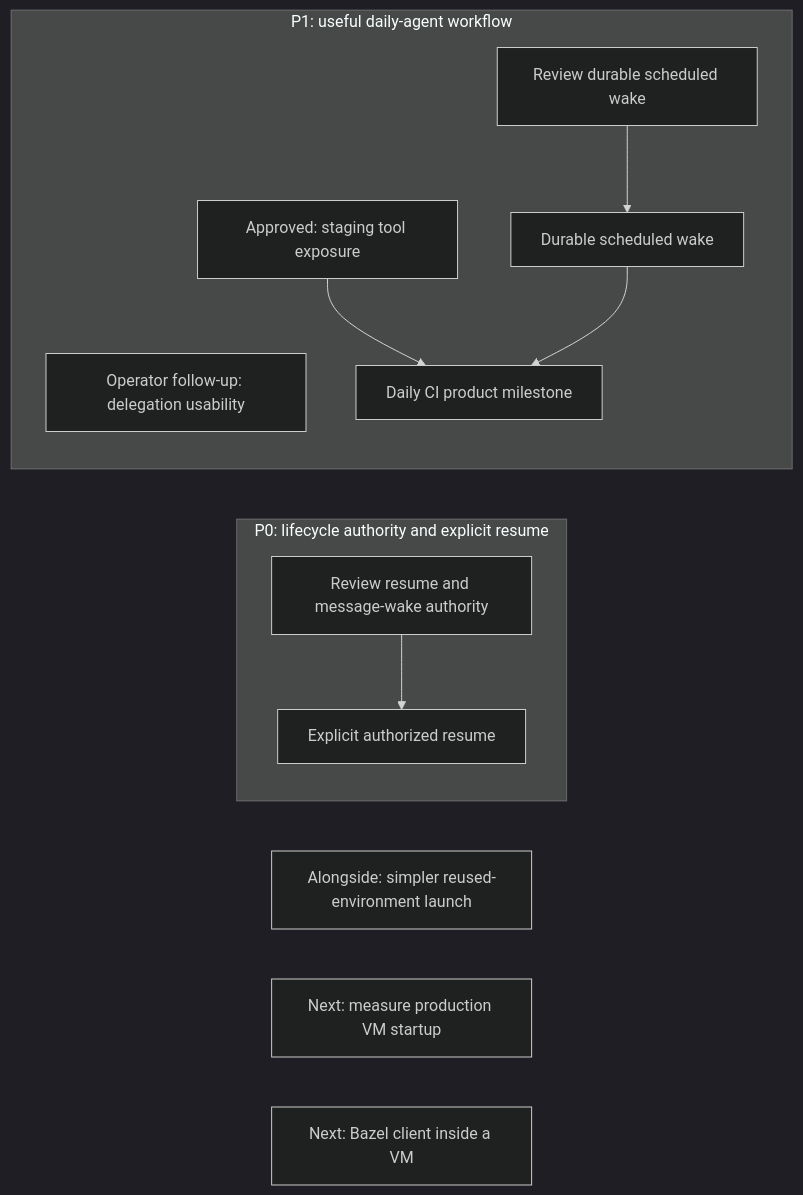
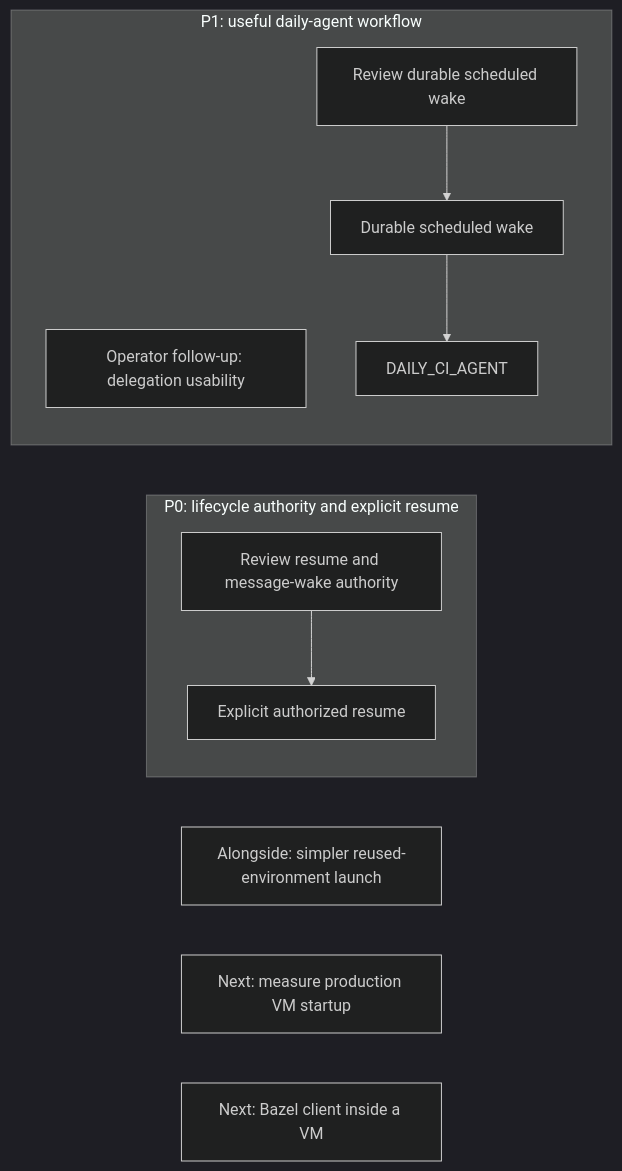
Before and after one commit to agentydragon/ducktape: the first of 18 diagrams in agentplane/plans/task_dag.md, drawn with Mermaid (dark theme). The commit also changed other lines of this file and 4 other files, not shown here.

Commit message:
Remove completed staging delegation activation from plans

````diff
--- a/agentplane/plans/task_dag.md
+++ b/agentplane/plans/task_dag.md
@@ -188,17 +186,15 @@
 ```mermaid
 flowchart LR
     subgraph PRIORITY_ZERO[P0: lifecycle authority and explicit resume]
         SANDBOX_LIFECYCLE_AUTHORIZATION_DESIGN[Review resume and message-wake authority]
         SANDBOX_LIFECYCLE_AUTHORIZATION_DESIGN --> EXEC_SUSPENDED_RESUME[Explicit authorized resume]
     end
     subgraph PRIORITY_ONE[P1: useful daily-agent workflow]
         THREAD_CREATE_AUTHORIZATION[Operator follow-up: delegation usability]
-        SESSION_DELEGATION_ACTIVATION[Approved: staging tool exposure]
-        SESSION_DELEGATION_ACTIVATION --> DAILY_CI_AGENT[Daily CI product milestone]
         SCHEDULED_AGENT_WAKE_DESIGN[Review durable scheduled wake] --> SCHEDULED_AGENT_WAKE
         SCHEDULED_AGENT_WAKE[Durable scheduled wake] --> DAILY_CI_AGENT
     end
     SESSION_LAUNCH_FRICTION[Alongside: simpler reused-environment launch]
     VM_STARTUP_LATENCY[Next: measure production VM startup]
     LOCAL_BAZEL[Next: Bazel client inside a VM]
 ```
````
